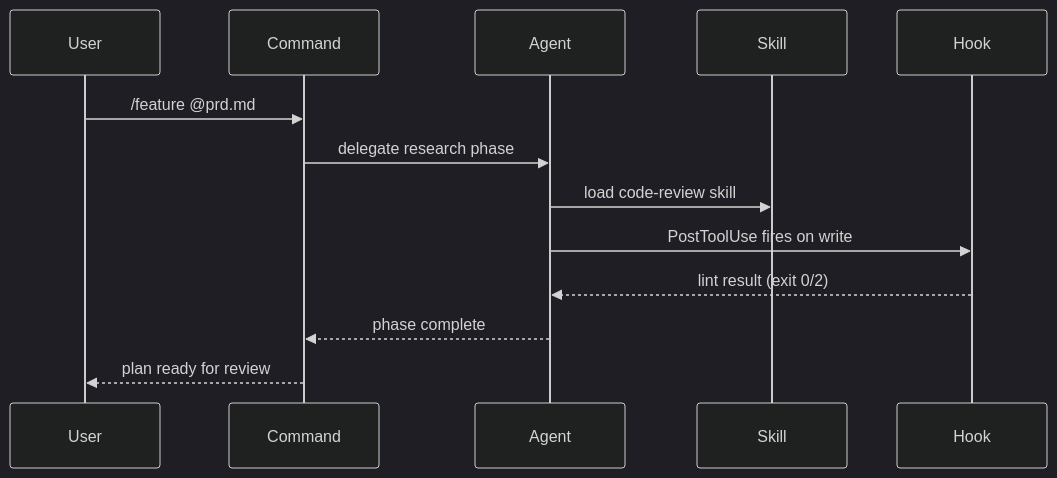
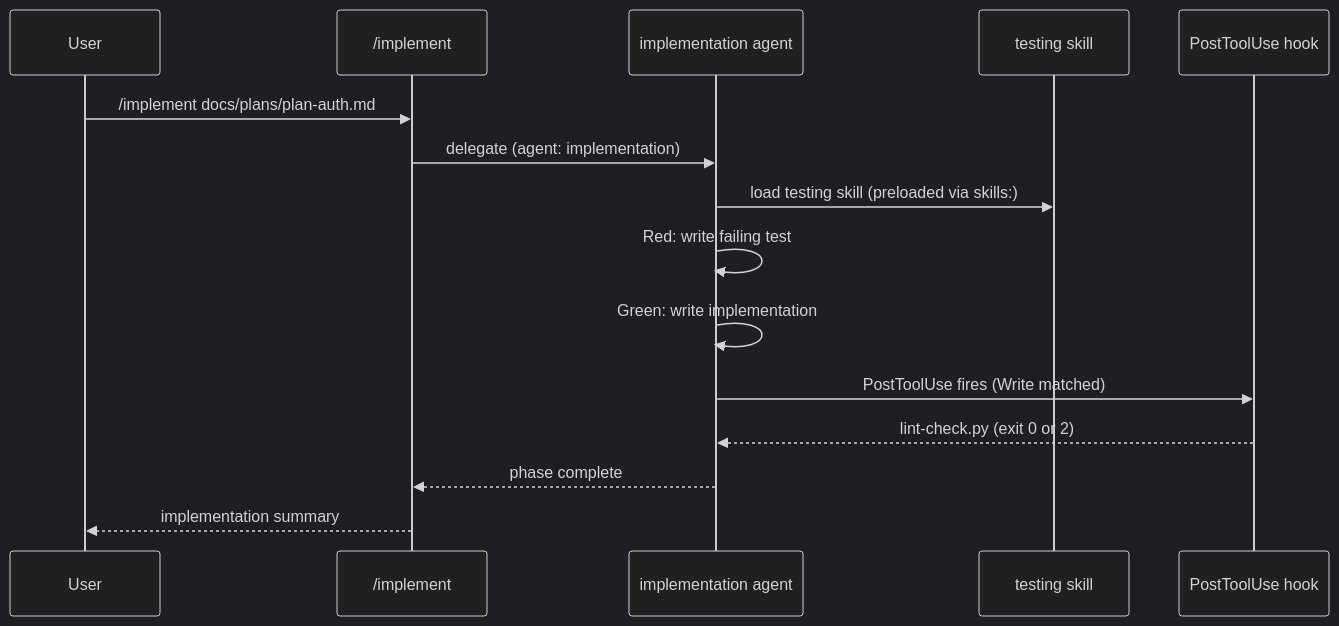
One commit to shiftysheep/cc-workshop changed the diagram in modules/module3.md. Above: the diagram before and after it, drawn with Mermaid (dark theme). The commit also changed other lines of this file and 6 other files, not shown here.

First line of the commit message:
fix(module3): seven content fixes — diagrams, teams, skill-creator, agents link

````diff
--- a/modules/module3.md
+++ b/modules/module3.md
@@ -138,16 +136,18 @@
 ```mermaid
 sequenceDiagram
     participant U as User
-    participant C as Command
-    participant A as Agent
-    participant S as Skill
-    participant H as Hook
+    participant C as /implement
+    participant A as implementation agent
+    participant S as testing skill
+    participant H as PostToolUse hook
 
-    U->>C: /feature @prd.md
-    C->>A: delegate research phase
-    A->>S: load code-review skill
-    A->>H: PostToolUse fires on write
-    H-->>A: lint result (exit 0/2)
+    U->>C: /implement docs/plans/plan-auth.md
+    C->>A: delegate (agent: implementation)
+    A->>S: load testing skill (preloaded via skills:)
+    A->>A: Red: write failing test
+    A->>A: Green: write implementation
+    A->>H: PostToolUse fires (Write matched)
+    H-->>A: lint-check.py (exit 0 or 2)
     A-->>C: phase complete
-    C-->>U: plan ready for review
+    C-->>U: implementation summary
 ```
````
